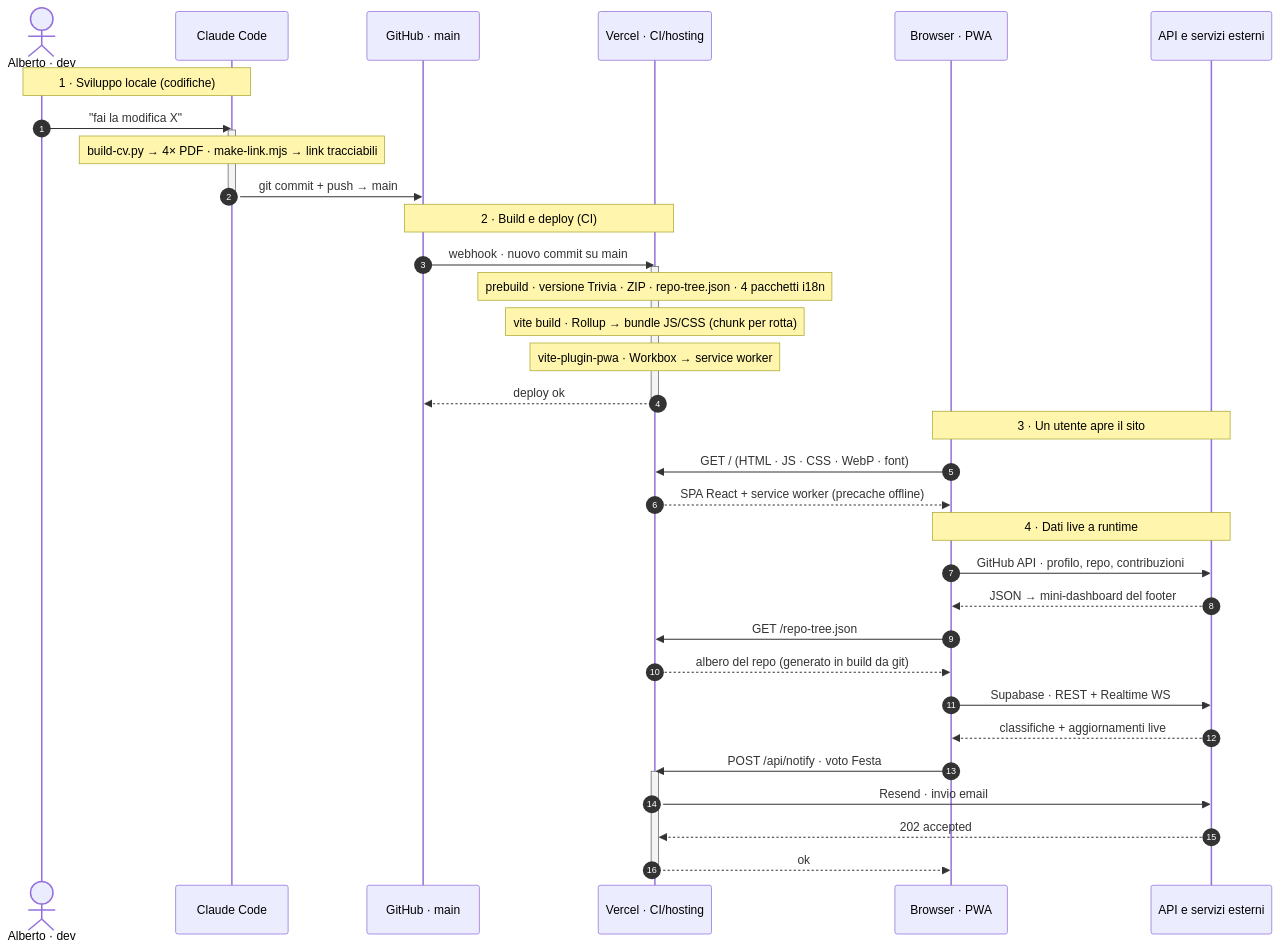
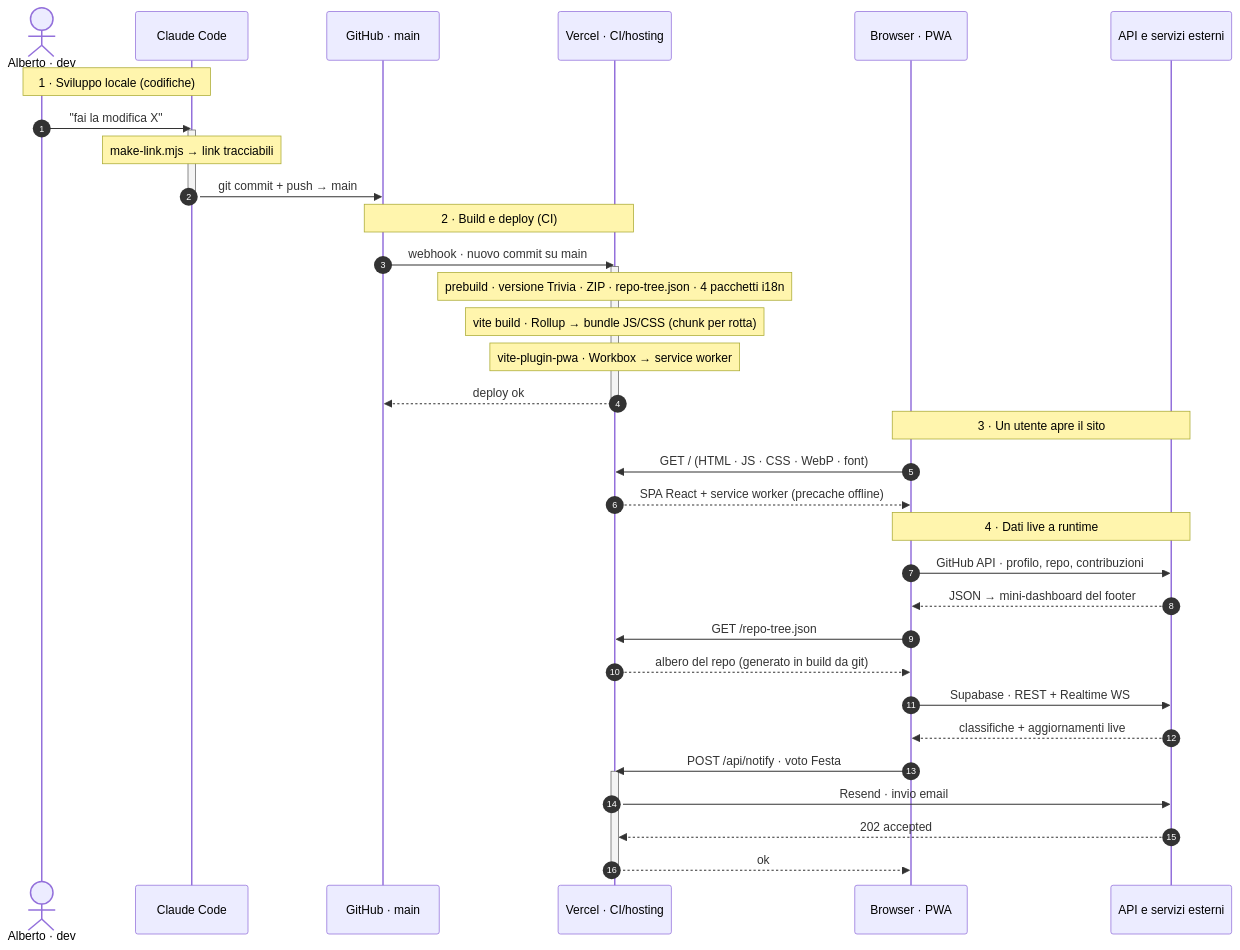
One commit to albertoxpecchini/AP changed the diagram in README.md. Above: the diagram before and after it, drawn with Mermaid. The commit also changed other lines of this file and 68 other files, not shown here.

````diff
--- a/README.md
+++ b/README.md
@@ -459,44 +411,44 @@
 ```mermaid
 sequenceDiagram
     autonumber
     actor Dev as Alberto · dev
     participant CC as Claude Code
     participant GH as GitHub · main
     participant VC as Vercel · CI/hosting
     participant BR as Browser · PWA
     participant EXT as API e servizi esterni
 
     Note over Dev,CC: 1 · Sviluppo locale (codifiche)
     Dev->>CC: "fai la modifica X"
     activate CC
-    Note over CC: build-cv.py → 4× PDF · make-link.mjs → link tracciabili
+    Note over CC: make-link.mjs → link tracciabili
     CC->>GH: git commit + push → main
     deactivate CC
 
     Note over GH,VC: 2 · Build e deploy (CI)
     GH->>VC: webhook · nuovo commit su main
     activate VC
     Note over VC: prebuild · versione Trivia · ZIP · repo-tree.json · 4 pacchetti i18n
     Note over VC: vite build · Rollup → bundle JS/CSS (chunk per rotta)
     Note over VC: vite-plugin-pwa · Workbox → service worker
     VC-->>GH: deploy ok
     deactivate VC
 
     Note over BR,EXT: 3 · Un utente apre il sito
     BR->>VC: GET / (HTML · JS · CSS · WebP · font)
     VC-->>BR: SPA React + service worker (precache offline)
 
     Note over BR,EXT: 4 · Dati live a runtime
     BR->>EXT: GitHub API · profilo, repo, contribuzioni
     EXT-->>BR: JSON → mini-dashboard del footer
     BR->>VC: GET /repo-tree.json
     VC-->>BR: albero del repo (generato in build da git)
     BR->>EXT: Supabase · REST + Realtime WS
     EXT-->>BR: classifiche + aggiornamenti live
     BR->>VC: POST /api/notify · voto Festa
     activate VC
     VC->>EXT: Resend · invio email
     EXT-->>VC: 202 accepted
     VC-->>BR: ok
     deactivate VC
 ```
````
